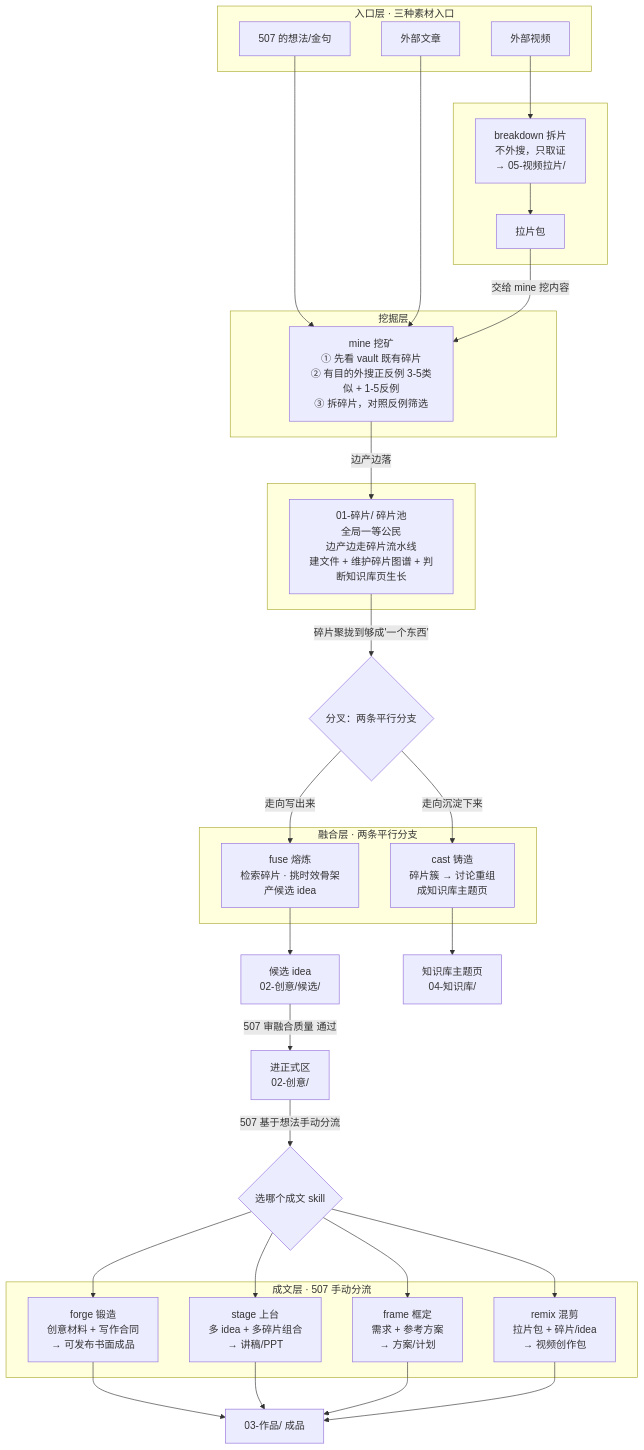
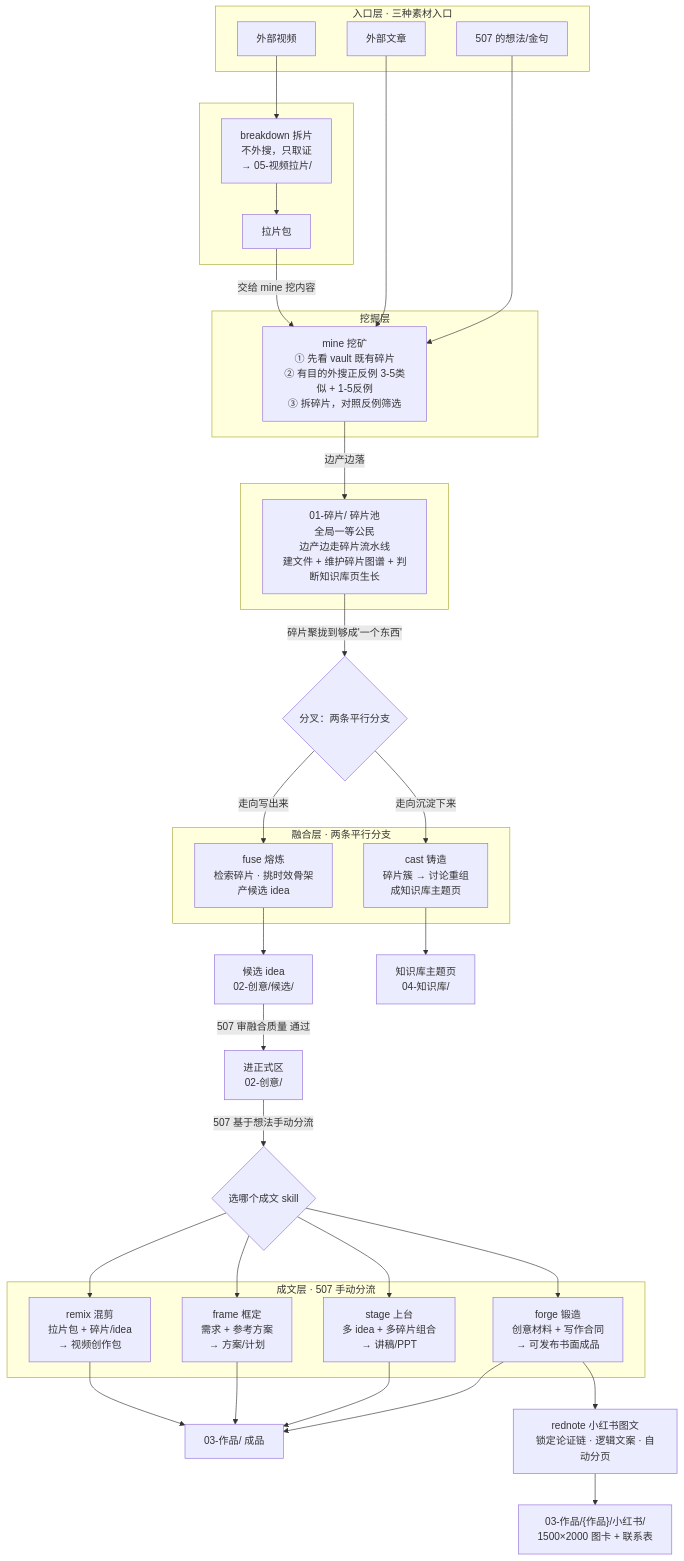
One commit to ssdiwu/507-skills changed the diagram in write/README.md. Above: the diagram before and after it, drawn with Mermaid. The commit also changed other lines of this file and 16 other files, not shown here.

Commit message:
feat: 新增 rednote 长文图卡工作流

````diff
--- a/write/README.md
+++ b/write/README.md
@@ -173,63 +185,65 @@
 ```mermaid
 flowchart TD
     %% 入口层
     subgraph 入口层[入口层 · 三种素材入口]
         idea[507 的想法/金句]
         article[外部文章]
         video[外部视频]
     end
 
     video --> breakdown
     subgraph 拆片[ ]
         breakdown["breakdown 拆片<br/>不外搜，只取证<br/>→ 05-视频拉片/"]
         拉片包[拉片包]
     end
     breakdown --> 拉片包
 
     idea --> mine
     article --> mine
     拉片包 -->|交给 mine 挖内容| mine
 
     subgraph 挖掘层[挖掘层]
         mine["mine 挖矿<br/>① 先看 vault 既有碎片<br/>② 有目的外搜正反例 3-5类似 + 1-5反例<br/>③ 拆碎片，对照反例筛选"]
     end
 
     mine -->|边产边落| 碎片池
     subgraph 汇合[ ]
         碎片池["01-碎片/ 碎片池<br/>全局一等公民<br/>边产边走碎片流水线<br/>建文件 + 维护碎片图谱 + 判断知识库页生长"]
     end
 
     碎片池 -->|碎片聚拢到够成'一个东西'| 分叉{分叉：两条平行分支}
 
     分叉 -->|走向写出来| fuse
     分叉 -->|走向沉淀下来| cast
 
     subgraph 融合层[融合层 · 两条平行分支]
         fuse["fuse 熔炼<br/>检索碎片 · 挑时效骨架<br/>产候选 idea"]
         cast["cast 铸造<br/>碎片簇 → 讨论重组<br/>成知识库主题页"]
     end
 
     fuse --> 候选idea["候选 idea<br/>02-创意/候选/"]
     cast --> 知识库页["知识库主题页<br/>04-知识库/"]
 
     候选idea -->|507 审融合质量 通过| 正式区["进正式区<br/>02-创意/"]
 
     正式区 -->|507 基于想法手动分流| 分流{选哪个成文 skill}
 
     subgraph 成文层[成文层 · 507 手动分流]
         forge["forge 锻造<br/>创意材料 + 写作合同<br/>→ 可发布书面成品"]
         stage["stage 上台<br/>多 idea + 多碎片组合<br/>→ 讲稿/PPT"]
         frame["frame 框定<br/>需求 + 参考方案<br/>→ 方案/计划"]
         remix["remix 混剪<br/>拉片包 + 碎片/idea<br/>→ 视频创作包"]
     end
 
     分流 --> forge
     分流 --> stage
     分流 --> frame
     分流 --> remix
 
     forge --> 成品["03-作品/ 成品"]
+    forge --> rednote["rednote 小红书图文<br/>锁定论证链 · 逻辑文案 · 自动分页"]
+    rednote --> 小红书成品["03-作品/{作品}/小红书/<br/>1500×2000 图卡 + 联系表"]
     stage --> 成品
     frame --> 成品
     remix --> 成品
 ```
````
